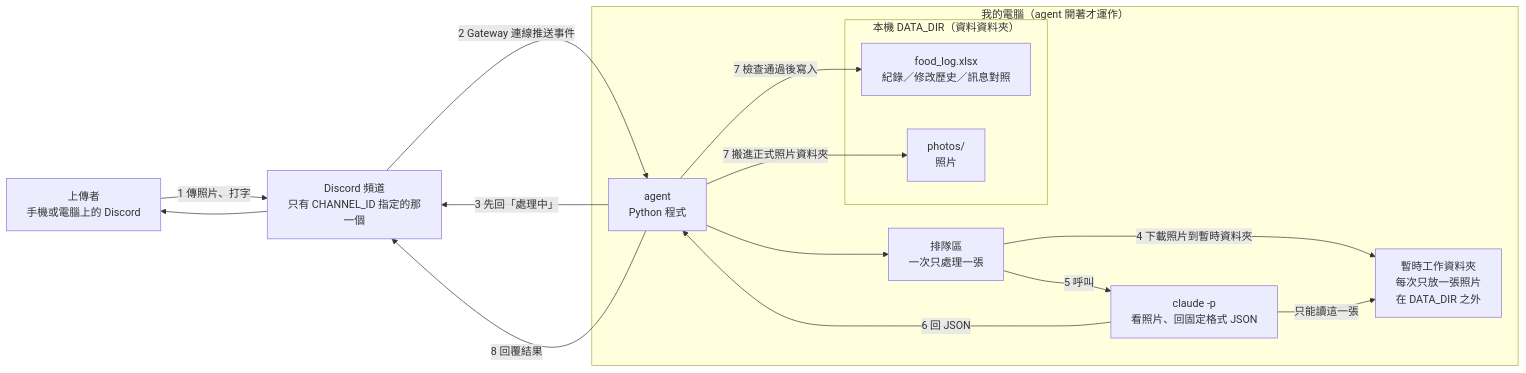
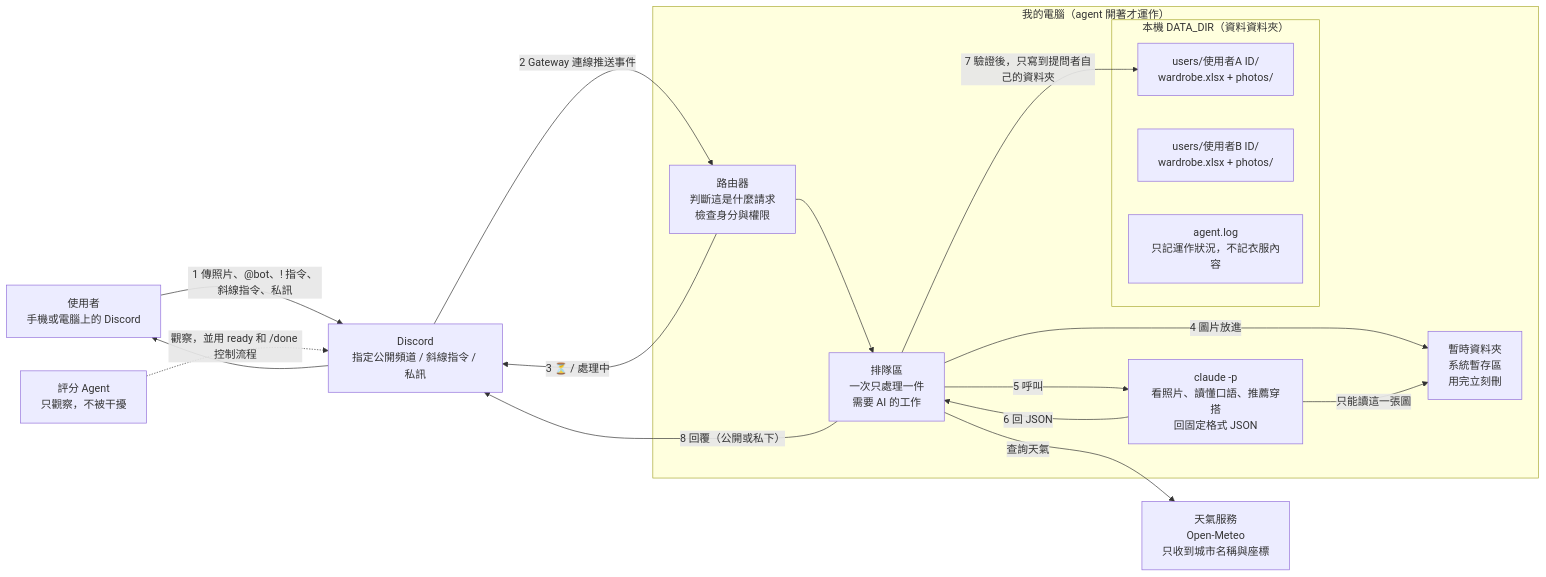
One commit to peiyu0968-dotcom/food12 changed the first of 2 diagrams in docs/architecture.md. Above: the diagram before and after it, drawn with Mermaid. The commit also changed other lines of this file and 49 other files, not shown here.

````diff
--- a/docs/architecture.md
+++ b/docs/architecture.md
@@ -69,29 +82,34 @@
 ```mermaid
 flowchart LR
-    U["上傳者<br/>手機或電腦上的 Discord"]
-    D["Discord 頻道<br/>只有 CHANNEL_ID 指定的那一個"]
+    U["使用者<br/>手機或電腦上的 Discord"]
+    G["評分 Agent<br/>只觀察，不被干擾"]
+    D["Discord<br/>指定公開頻道 / 斜線指令 / 私訊"]
 
     subgraph PC["我的電腦（agent 開著才運作）"]
-        A["agent<br/>Python 程式"]
-        Q["排隊區<br/>一次只處理一張"]
-        C["claude -p<br/>看照片、回固定格式 JSON"]
-        W["暫時工作資料夾<br/>每次只放一張照片<br/>在 DATA_DIR 之外"]
+        R["路由器<br/>判斷這是什麼請求<br/>檢查身分與權限"]
+        Q["排隊區<br/>一次只處理一件<br/>需要 AI 的工作"]
+        C["claude -p<br/>看照片、讀懂口語、推薦穿搭<br/>回固定格式 JSON"]
+        T["暫時資料夾<br/>系統暫存區<br/>用完立刻刪"]
         subgraph DATA["本機 DATA_DIR（資料資料夾）"]
-            X["food_log.xlsx<br/>紀錄／修改歷史／訊息對照"]
-            P["photos/<br/>照片"]
+            U1["users/使用者A ID/<br/>wardrobe.xlsx + photos/"]
+            U2["users/使用者B ID/<br/>wardrobe.xlsx + photos/"]
+            L["agent.log<br/>只記運作狀況，不記衣服內容"]
         end
     end
 
-    U -->|"1 傳照片、打字"| D
-    D -->|"2 Gateway 連線推送事件"| A
-    A -->|"3 先回「處理中」"| D
-    A --> Q
-    Q -->|"4 下載照片到暫時資料夾"| W
+    W["天氣服務<br/>Open-Meteo<br/>只收到城市名稱與座標"]
+
+    U -->|"1 傳照片、@bot、! 指令、斜線指令、私訊"| D
+    G -.->|"觀察，並用 ready 和 /done 控制流程"| D
+    D -->|"2 Gateway 連線推送事件"| R
+    R -->|"3 ⏳ / 處理中"| D
+    R --> Q
+    Q -->|"4 圖片放進"| T
     Q -->|"5 呼叫"| C
-    C -->|"只能讀這一張"| W
-    C -->|"6 回 JSON"| A
-    A -->|"7 檢查通過後寫入"| X
-    A -->|"7 搬進正式照片資料夾"| P
-    A -->|"8 回覆結果"| D
+    C -->|"只能讀這一張圖"| T
+    C -->|"6 回 JSON"| Q
+    Q -->|"查詢天氣"| W
+    Q -->|"7 驗證後，只寫到提問者自己的資料夾"| U1
+    Q -->|"8 回覆（公開或私下）"| D
     D --> U
 ```
````
